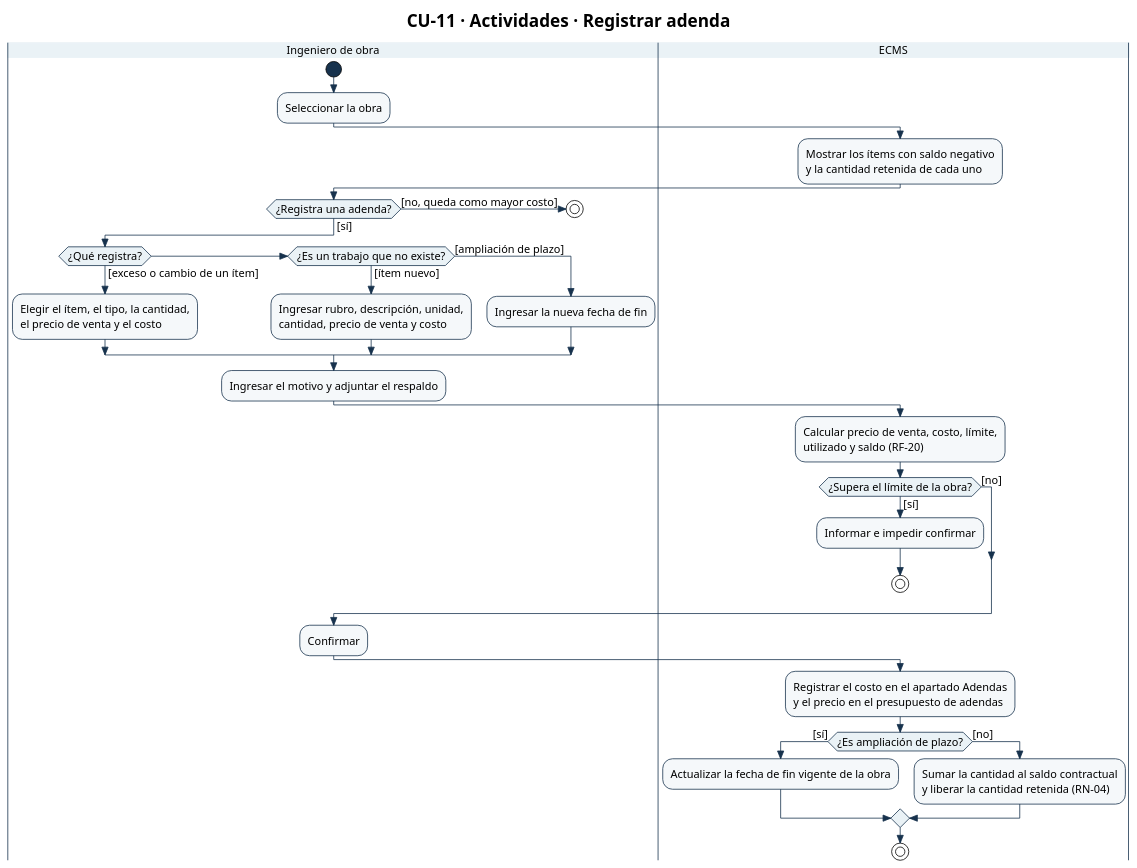
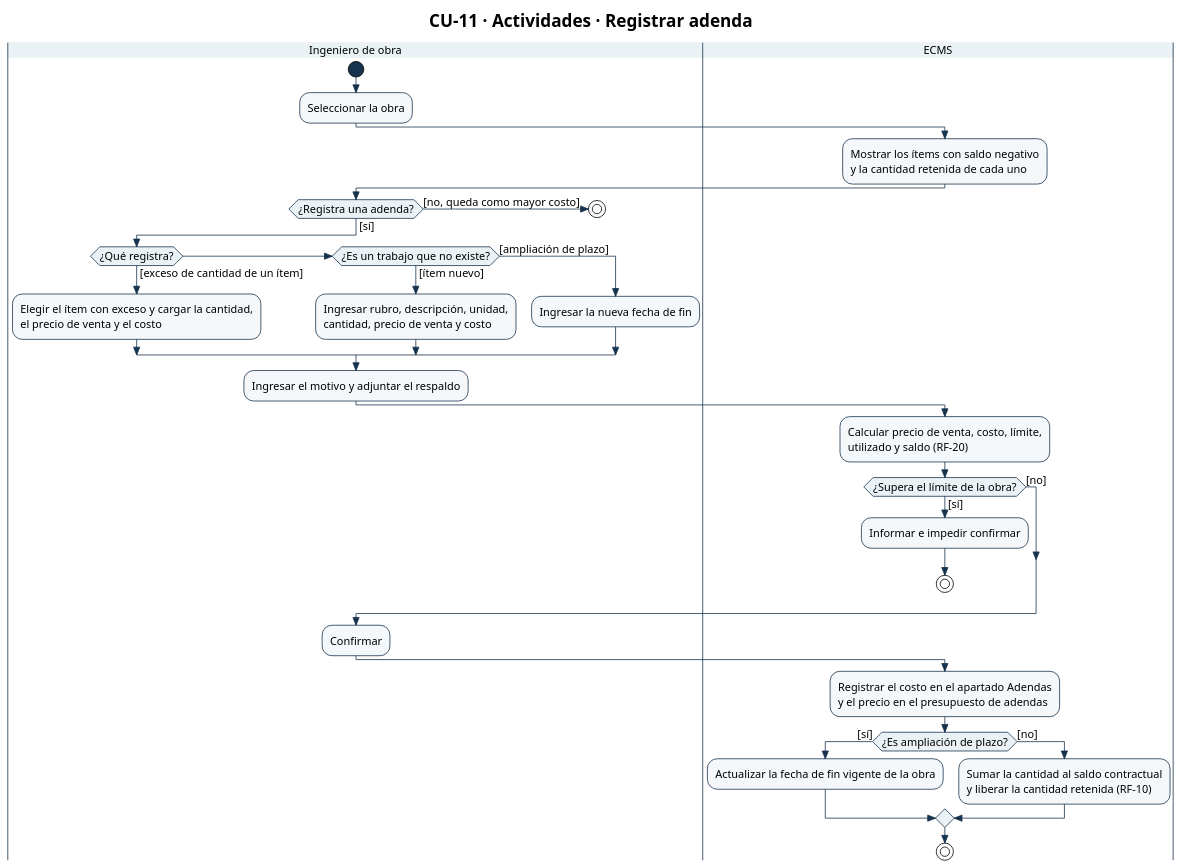
One commit to Ssrrb/tpf-uca changed the diagram in diagramas/CU-11-actividades.puml. Above: the diagram before and after it, drawn with PlantUML. The commit also changed 40 other files, not shown here.

```diff
--- a/diagramas/CU-11-actividades.puml
+++ b/diagramas/CU-11-actividades.puml
@@ -1,77 +1,77 @@
 @startuml
 !theme plain
 skinparam style strictuml
 skinparam shadowing false
 skinparam defaultFontName Arial
 skinparam defaultFontSize 14
 skinparam ArrowColor #17324D
 skinparam activity {
   StartColor #17324D
   EndColor #17324D
   BarColor #17324D
   BackgroundColor #F5F8FA
   BorderColor #17324D
   DiamondBackgroundColor #EAF2F6
   DiamondBorderColor #17324D
 }
 skinparam swimlane {
   BorderColor #17324D
   TitleBackgroundColor #EAF2F6
 }
 skinparam state {
   StartColor #17324D
   EndColor #17324D
   BackgroundColor #F5F8FA
   BorderColor #17324D
 }
 skinparam package {
   BackgroundColor #EAF2F6
   BorderColor #17324D
 }
 skinparam note {
   BackgroundColor #FFFFFF
   BorderColor #17324D
 }
 title CU-11 · Actividades · Registrar adenda
 |Ingeniero de obra|
 start
 :Seleccionar la obra;
 |ECMS|
 :Mostrar los ítems con saldo negativo
 y la cantidad retenida de cada uno;
 |Ingeniero de obra|
 if (¿Registra una adenda?) then ([no, queda como mayor costo])
   stop
 else ([sí])
 endif
-if (¿Qué registra?) then ([exceso o cambio de un ítem])
-  :Elegir el ítem, el tipo, la cantidad,
+if (¿Qué registra?) then ([exceso de cantidad de un ítem])
+  :Elegir el ítem con exceso y cargar la cantidad,
   el precio de venta y el costo;
 elseif (¿Es un trabajo que no existe?) then ([ítem nuevo])
   :Ingresar rubro, descripción, unidad,
   cantidad, precio de venta y costo;
 else ([ampliación de plazo])
   :Ingresar la nueva fecha de fin;
 endif
 :Ingresar el motivo y adjuntar el respaldo;
 |ECMS|
 :Calcular precio de venta, costo, límite,
 utilizado y saldo (RF-20);
 if (¿Supera el límite de la obra?) then ([sí])
   :Informar e impedir confirmar;
   stop
 else ([no])
 endif
 |Ingeniero de obra|
 :Confirmar;
 |ECMS|
 :Registrar el costo en el apartado Adendas
 y el precio en el presupuesto de adendas;
 if (¿Es ampliación de plazo?) then ([sí])
   :Actualizar la fecha de fin vigente de la obra;
 else ([no])
   :Sumar la cantidad al saldo contractual
-  y liberar la cantidad retenida (RN-04);
+  y liberar la cantidad retenida (RF-10);
 endif
 stop
 @enduml
```
